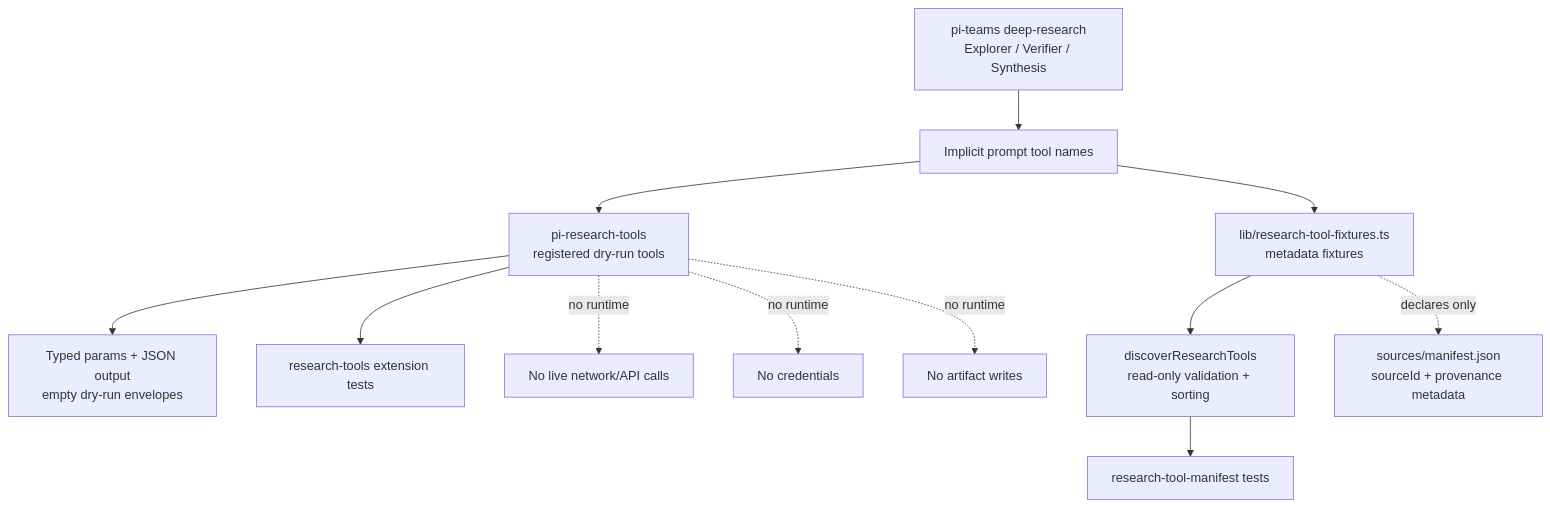
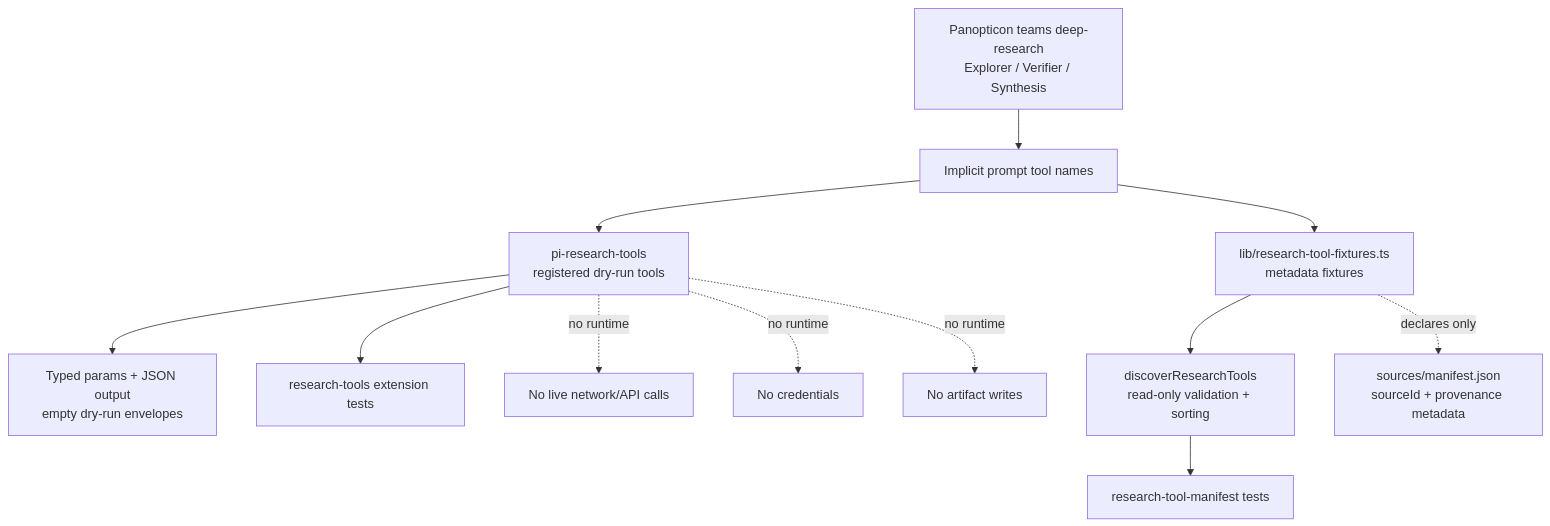
One commit to tS7hKamAYL84j91/pi-tools-and-skills changed the tenth of 12 diagrams in docs/architecture.md. Above: the diagram before and after it, drawn with Mermaid. The commit also changed other lines of this file and 205 other files, not shown here.

````diff
--- a/docs/architecture.md
+++ b/docs/architecture.md
@@ -339,15 +338,15 @@
 ```mermaid
 flowchart TD
-  DeepResearch[pi-teams deep-research\nExplorer / Verifier / Synthesis] --> PromptTools[Implicit prompt tool names]
+  DeepResearch[Panopticon teams deep-research\nExplorer / Verifier / Synthesis] --> PromptTools[Implicit prompt tool names]
   PromptTools --> Registered[pi-research-tools\nregistered dry-run tools]
   PromptTools --> Manifest[lib/research-tool-fixtures.ts\nmetadata fixtures]
   Manifest --> Discovery[discoverResearchTools\nread-only validation + sorting]
   Registered --> Json[Typed params + JSON output\nempty dry-run envelopes]
   Manifest -. declares only .-> Artifacts[sources/manifest.json\nsourceId + provenance metadata]
   Discovery --> Tests[research-tool-manifest tests]
   Registered --> RuntimeTests[research-tools extension tests]
 
   Registered -. no runtime .-> NoNetwork[No live network/API calls]
   Registered -. no runtime .-> NoCreds[No credentials]
   Registered -. no runtime .-> NoWrites[No artifact writes]
 ```
````
